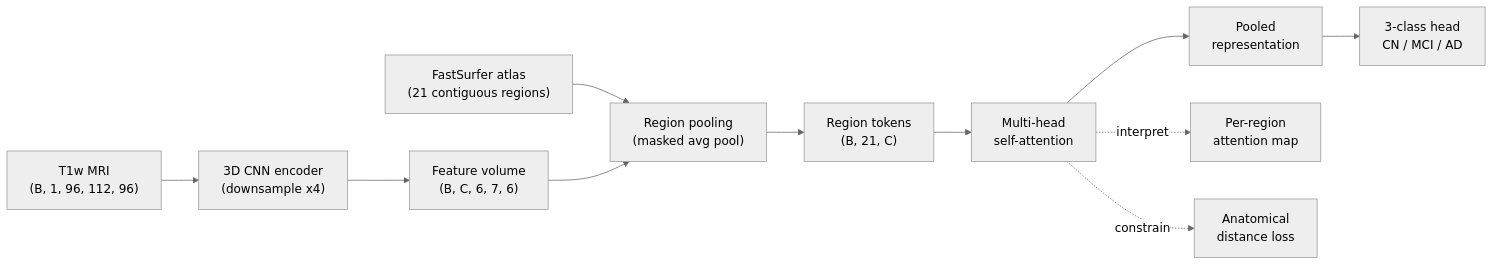
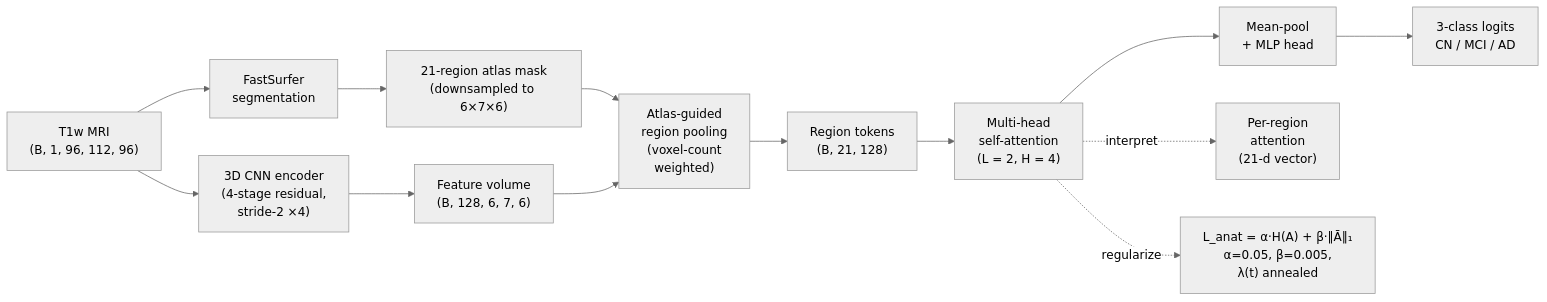
The diagram in README.md (Lava168/ARA-Net), drawn with Mermaid (neutral theme) before and after one commit. The commit also changed other lines of this file and 19 other files, not shown here.

````diff
--- a/README.md
+++ b/README.md
@@ -37,13 +63,15 @@
 ```mermaid
 flowchart LR
-    A["T1w MRI<br/>(B, 1, 96, 112, 96)"] --> B["3D CNN encoder<br/>(downsample x4)"]
-    B --> C["Feature volume<br/>(B, C, 6, 7, 6)"]
-    AT["FastSurfer atlas<br/>(21 contiguous regions)"] --> D["Region pooling<br/>(masked avg pool)"]
+    A["T1w MRI<br/>(B, 1, 96, 112, 96)"] --> S["FastSurfer<br/>segmentation"]
+    A --> B["3D CNN encoder<br/>(4-stage residual,<br/>stride-2 ×4)"]
+    B --> C["Feature volume<br/>(B, 128, 6, 7, 6)"]
+    S --> AT["21-region atlas mask<br/>(downsampled to 6×7×6)"]
+    AT --> D["Atlas-guided<br/>region pooling<br/>(voxel-count<br/>weighted)"]
     C --> D
-    D --> E["Region tokens<br/>(B, 21, C)"]
-    E --> F["Multi-head<br/>self-attention"]
-    F --> G["Pooled<br/>representation"]
-    G --> H["3-class head<br/>CN / MCI / AD"]
-    F -. interpret .-> I["Per-region<br/>attention map"]
-    F -. constrain .-> J["Anatomical<br/>distance loss"]
+    D --> E["Region tokens<br/>(B, 21, 128)"]
+    E --> F["Multi-head<br/>self-attention<br/>(L = 2, H = 4)"]
+    F --> G["Mean-pool<br/>+ MLP head"]
+    G --> H["3-class logits<br/>CN / MCI / AD"]
+    F -. interpret .-> I["Per-region<br/>attention<br/>(21-d vector)"]
+    F -. regularize .-> J["L_anat = α·H(A) + β·‖Ā‖₁<br/>α=0.05, β=0.005,<br/>λ(t) annealed"]
 ```
````
